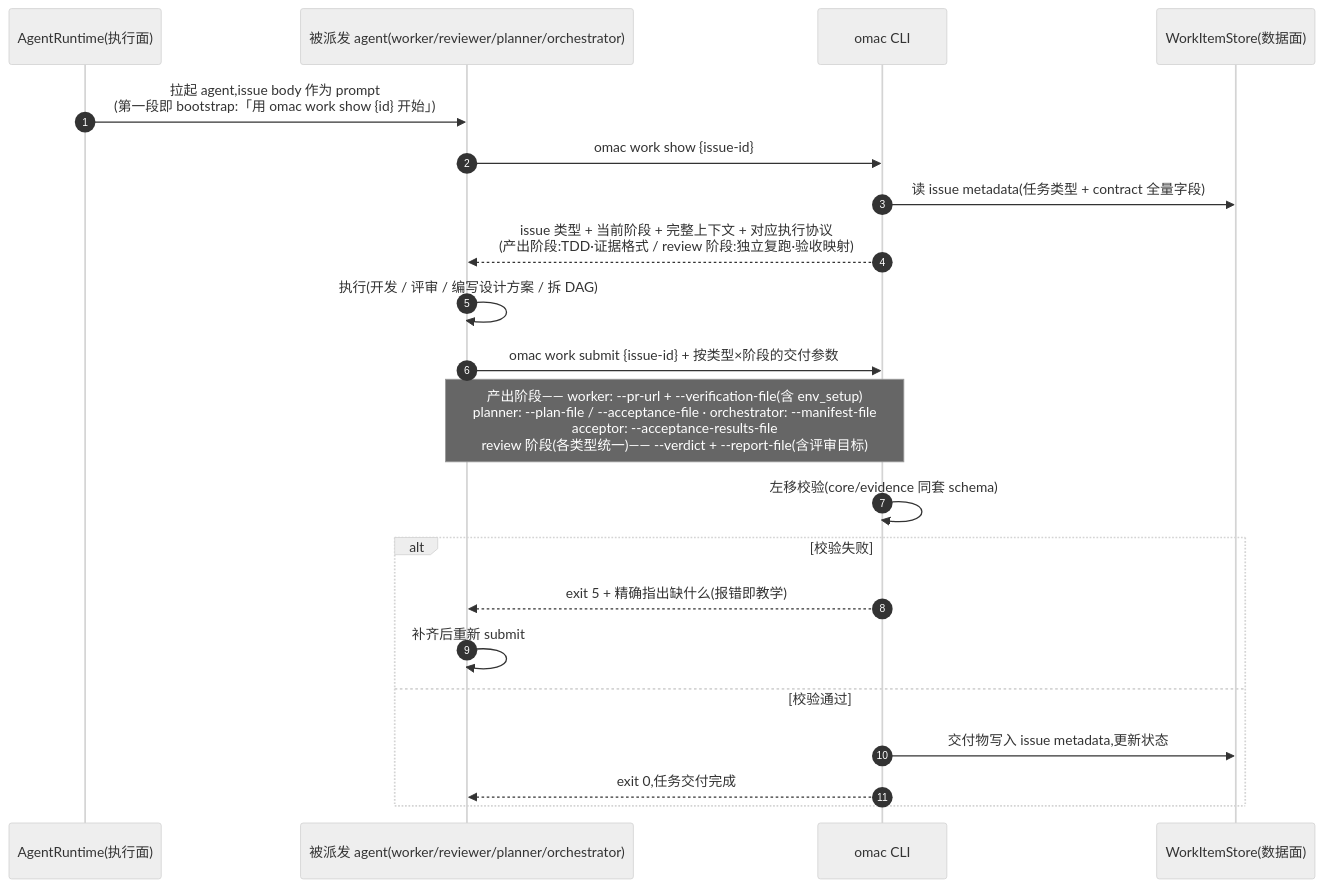
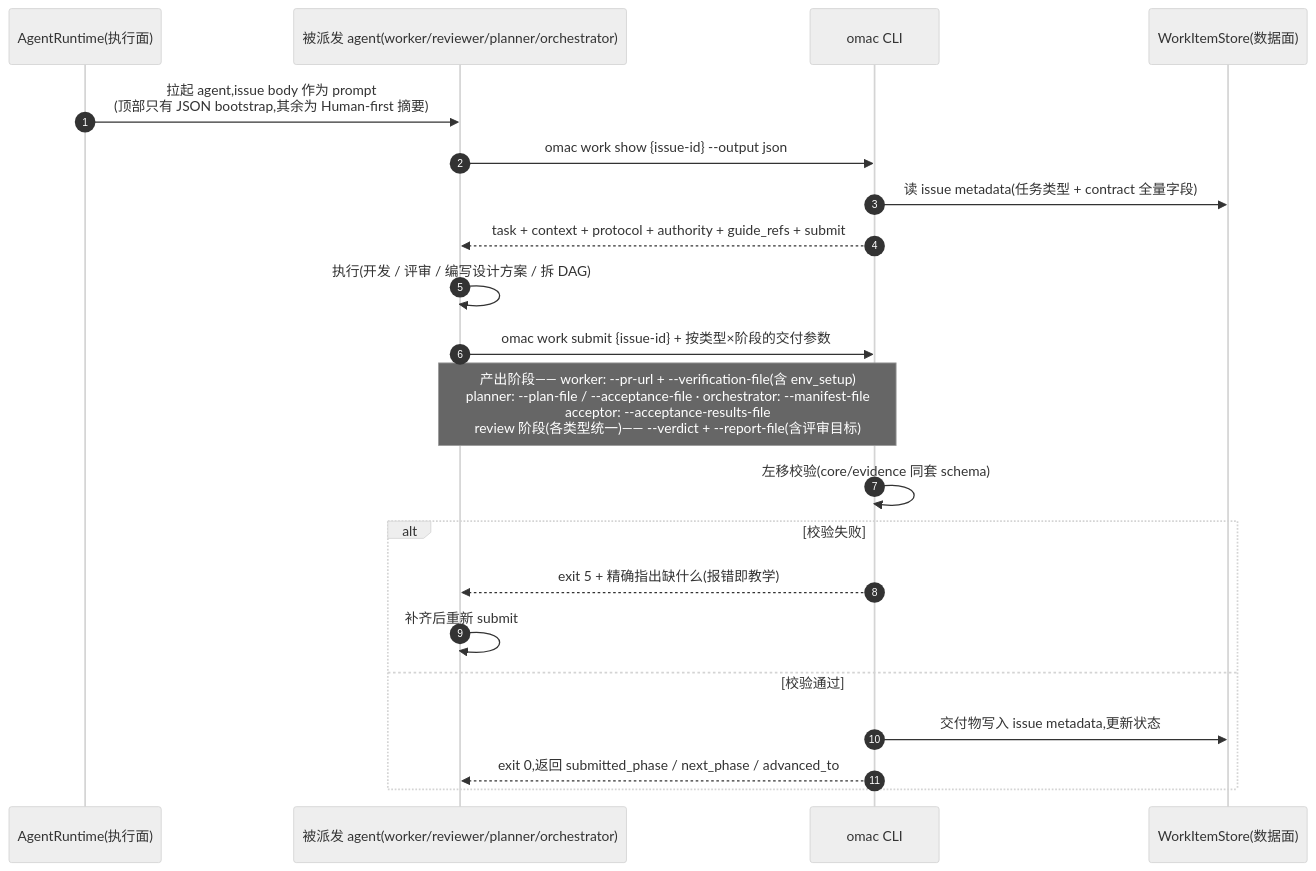
The fifth of 7 diagrams in docs/omac-cli-design.md (xiaohei-info/oh-my-multica), drawn with Mermaid (neutral theme) before and after one commit. The commit also changed other lines of this file and 38 other files, not shown here.

First line of the commit message:
Make OMAC content agent-first (#38)

````diff
--- a/docs/omac-cli-design.md
+++ b/docs/omac-cli-design.md
@@ -473,27 +474,27 @@
 ```mermaid
 sequenceDiagram
     autonumber
     participant M as AgentRuntime(执行面)
     participant A as 被派发 agent(worker/reviewer/planner/orchestrator)
     participant C as omac CLI
     participant P as WorkItemStore(数据面)
 
-    M->>A: 拉起 agent,issue body 作为 prompt<br/>(第一段即 bootstrap:「用 omac work show {id} 开始」)
-    A->>C: omac work show {issue-id}
+    M->>A: 拉起 agent,issue body 作为 prompt<br/>(顶部只有 JSON bootstrap,其余为 Human-first 摘要)
+    A->>C: omac work show {issue-id} --output json
     C->>P: 读 issue metadata(任务类型 + contract 全量字段)
-    C-->>A: issue 类型 + 当前阶段 + 完整上下文 + 对应执行协议<br/>(产出阶段:TDD·证据格式 / review 阶段:独立复跑·验收映射)
+    C-->>A: task + context + protocol + authority + guide_refs + submit
 
     A->>A: 执行(开发 / 评审 / 编写设计方案 / 拆 DAG)
 
     A->>C: omac work submit {issue-id} + 按类型×阶段的交付参数
     Note over A,C: 产出阶段—— worker: --pr-url + --verification-file(含 env_setup)<br/>planner: --plan-file / --acceptance-file · orchestrator: --manifest-file<br/>acceptor: --acceptance-results-file<br/>review 阶段(各类型统一)—— --verdict + --report-file(含评审目标)
 
     C->>C: 左移校验(core/evidence 同套 schema)
     alt 校验失败
         C-->>A: exit 5 + 精确指出缺什么(报错即教学)
         A->>A: 补齐后重新 submit
     else 校验通过
         C->>P: 交付物写入 issue metadata,更新状态
-        C-->>A: exit 0,任务交付完成
+        C-->>A: exit 0,返回 submitted_phase / next_phase / advanced_to
     end
 ```
````
